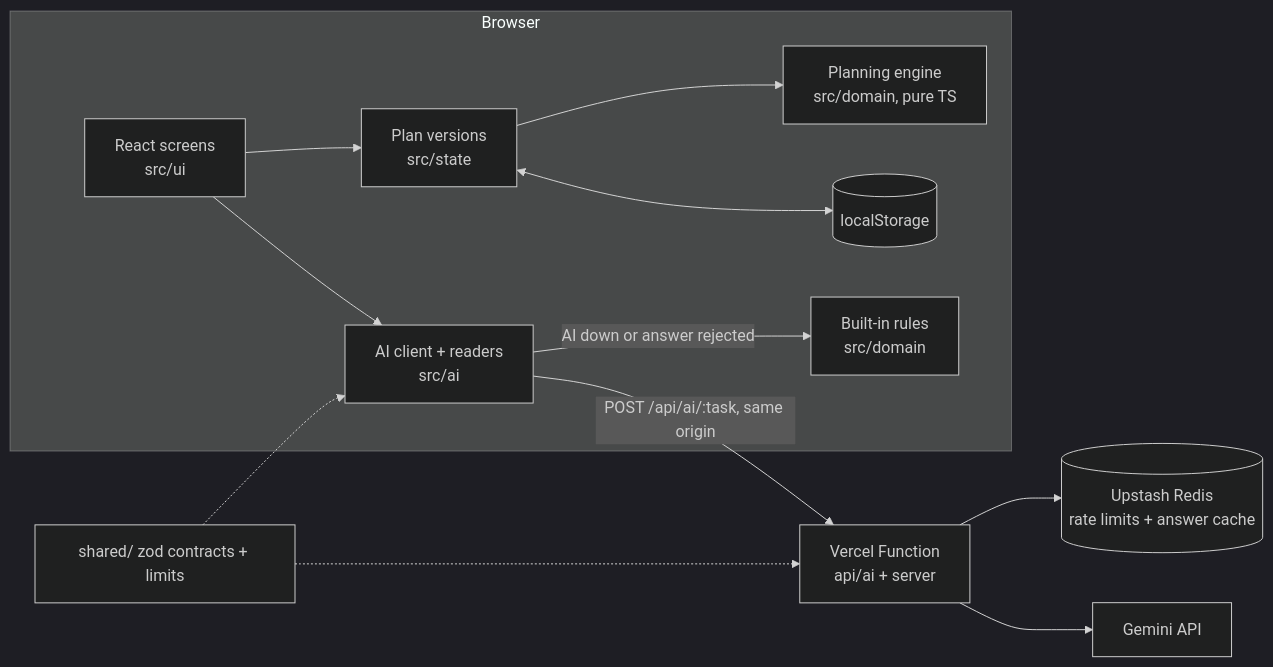
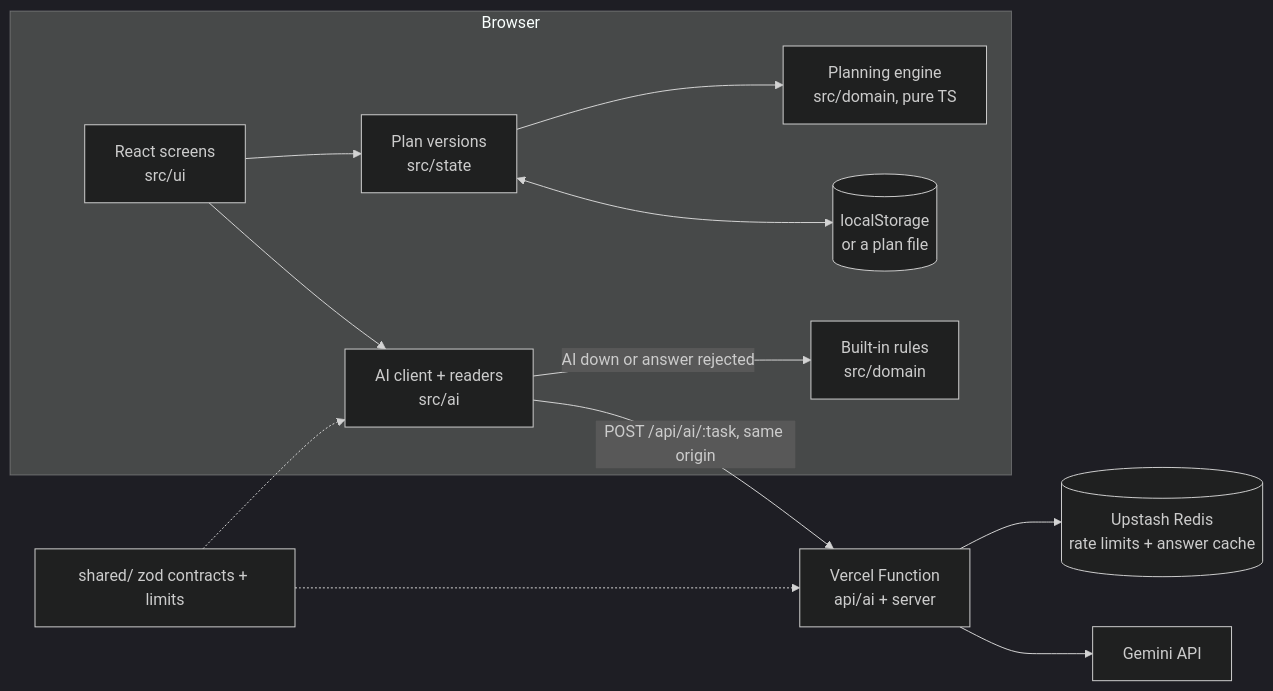
Before and after one commit to Shreekumar-Shah-AICTE/Bandobast-Event-Planner: the diagram in README.md, drawn with Mermaid (dark theme). The commit also changed other lines of this file and 14 other files, not shown here.

````diff
--- a/README.md
+++ b/README.md
@@ -77,15 +79,15 @@
 ```mermaid
 flowchart LR
   subgraph Browser
     UI[React screens<br/>src/ui] --> State[Plan versions<br/>src/state]
     State --> Engine[Planning engine<br/>src/domain, pure TS]
     UI --> Client[AI client + readers<br/>src/ai]
     Client -->|AI down or answer rejected| Rules[Built-in rules<br/>src/domain]
-    State <--> LS[(localStorage)]
+    State <--> LS[(localStorage<br/>or a plan file)]
   end
   Client -->|POST /api/ai/:task, same origin| Fn[Vercel Function<br/>api/ai + server]
   Fn --> Limits[(Upstash Redis<br/>rate limits + answer cache)]
   Fn --> Gemini[Gemini API]
   Shared[shared/ zod contracts + limits] -.-> Client
   Shared -.-> Fn
 ```
````
